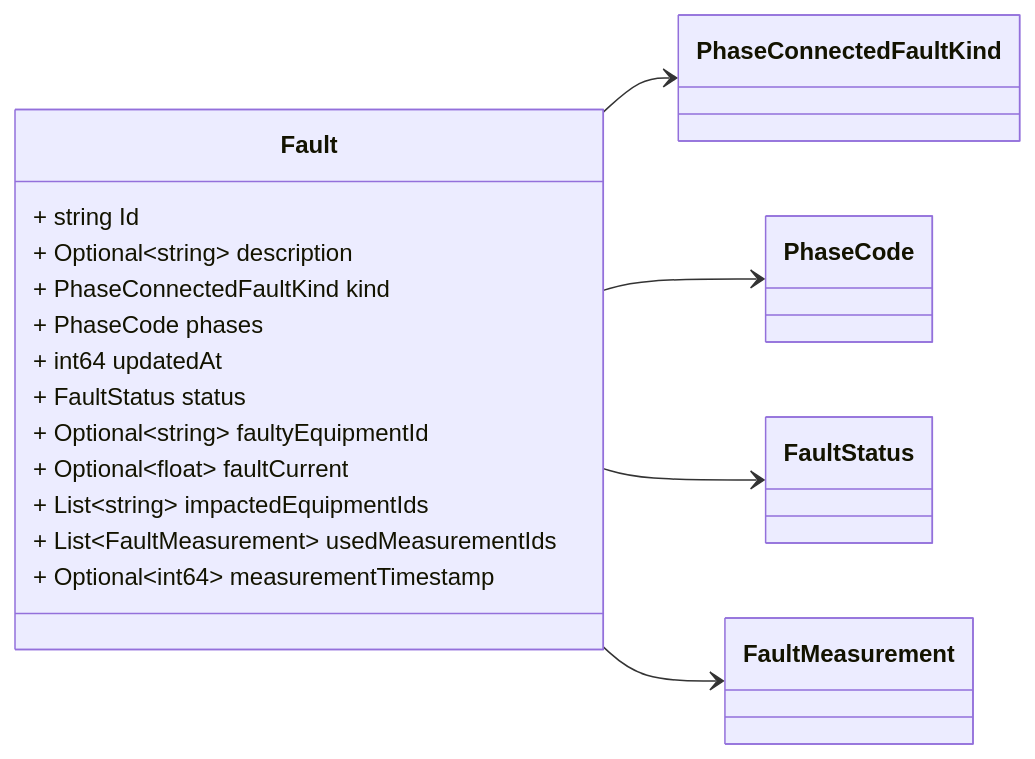
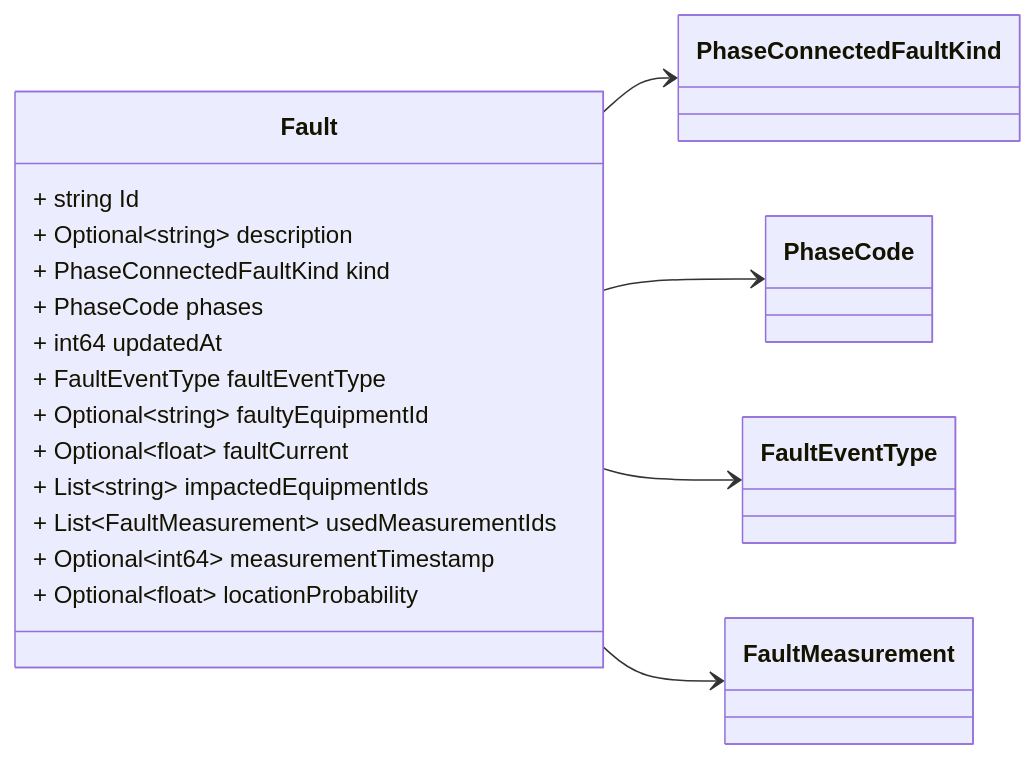
The fourth of 7 diagrams in docs/fault.proto.md (zaphiro-technologies/protobuf), drawn with Mermaid before and after one commit. The commit also changed other lines of this file and 5 other files, not shown here.

First line of the commit message:
Fault messages as set of events, rather than single event with multiple status (#63)

````diff
--- a/docs/fault.proto.md
+++ b/docs/fault.proto.md
@@ -184,33 +184,38 @@
 ```mermaid
 classDiagram
 direction LR
 
 %% Abnormal condition causing current flow through conducting equipment, such as caused by equipment failure or short circuits from objects not typically modelled (for example, a tree falling on a line).
 %% 
 %% This message is modeled after [CIM Fault](https://zepben.github.io/evolve/docs/cim/cim100/TC57CIM/IEC61970/Base/Faults/Fault) according to the extensions defined in the [fault-data-storage](https://github.com/zaphiro-technologies/architecture/blob/main/features/31-fault-data-storage.md#data-structures) feature.
+%% 
+%% Faults messages represent events linked to a given fault (identified by the id). From the point of view of storage the sequence of events may be handled in a way that does not map totally to the single event, e.g. by combining multiple events in a single database row.
+%% 
+%% When a fault is detected, an `Fault` message event of type `FAULT_EVENT_TYPE_STARTED` is generated, when a fault is located (and multiple locations can occur for the same fault) and a `Fault` event message of type `FAULT_EVENT_TYPE_LOCATED` is generated. When a fault ends, a `Fault` event message of type `FAULT_EVENT_TYPE_ENDED` is generated. Certain fields of the Fault event message may be populated only in case of event type `FAULT_EVENT_TYPE_LOCATED` (i.e. `locationProbability`, `measurementTimestamp`).
 %% 
 %% Headers used in rabbitMQ:
 %% * `id` (string): id of the `Fault`
 %% * `type` (string): always `Fault`
 %% * `producerId` (string): the id of the producer (e.g. a PMU) linked to the notification.
 %% 
 
 class Fault {
   + string Id
   + Optional~string~ description
   + PhaseConnectedFaultKind kind
   + PhaseCode phases
   + int64 updatedAt
-  + FaultStatus status
+  + FaultEventType faultEventType
   + Optional~string~ faultyEquipmentId
   + Optional~float~ faultCurrent
   + List~string~ impactedEquipmentIds
   + List~FaultMeasurement~ usedMeasurementIds
   + Optional~int64~ measurementTimestamp
+  + Optional~float~ locationProbability
 }
 Fault --> `PhaseConnectedFaultKind`
 Fault --> `PhaseCode`
-Fault --> `FaultStatus`
+Fault --> `FaultEventType`
 Fault --> `FaultMeasurement`
 
 ```
````
